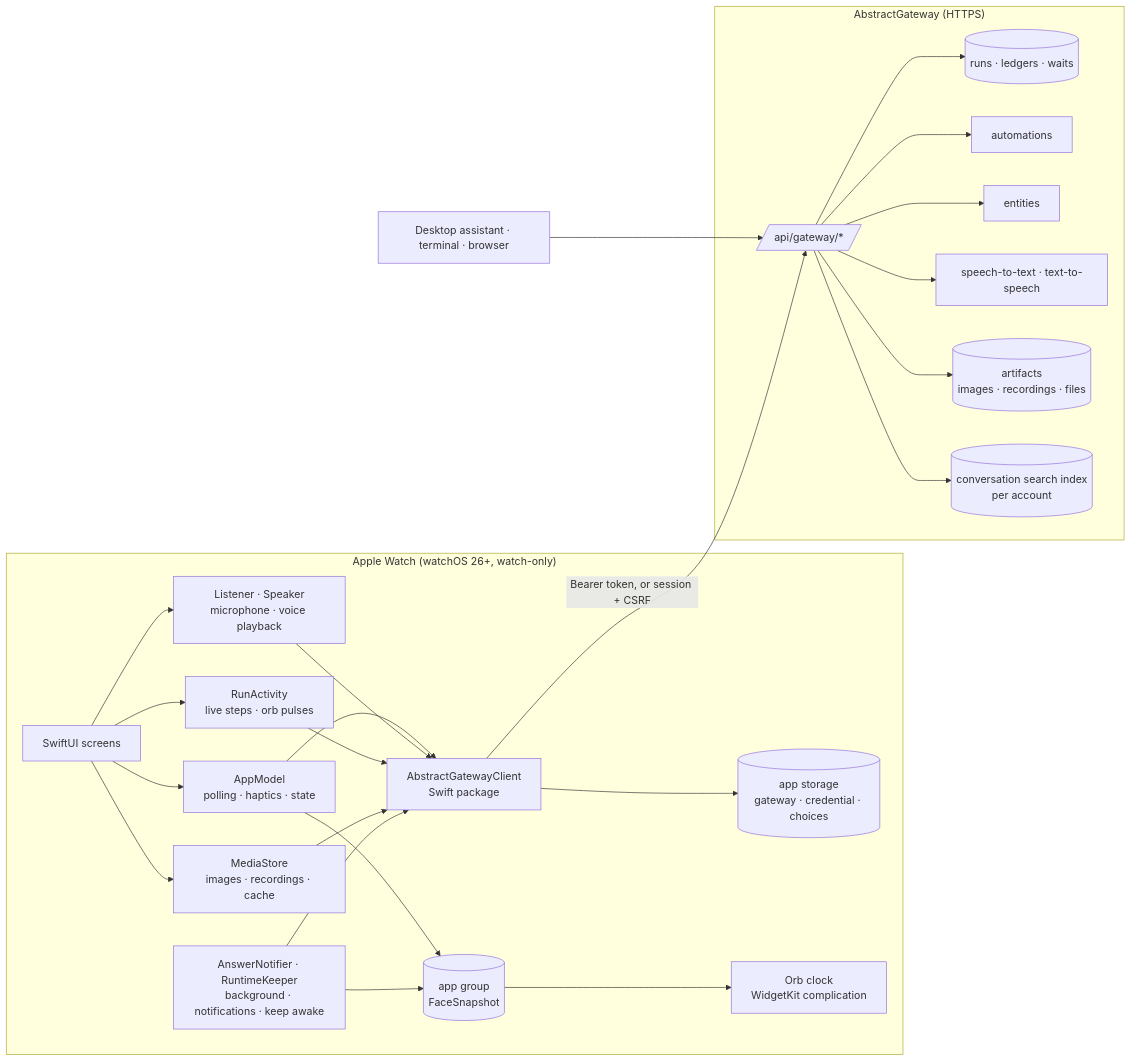
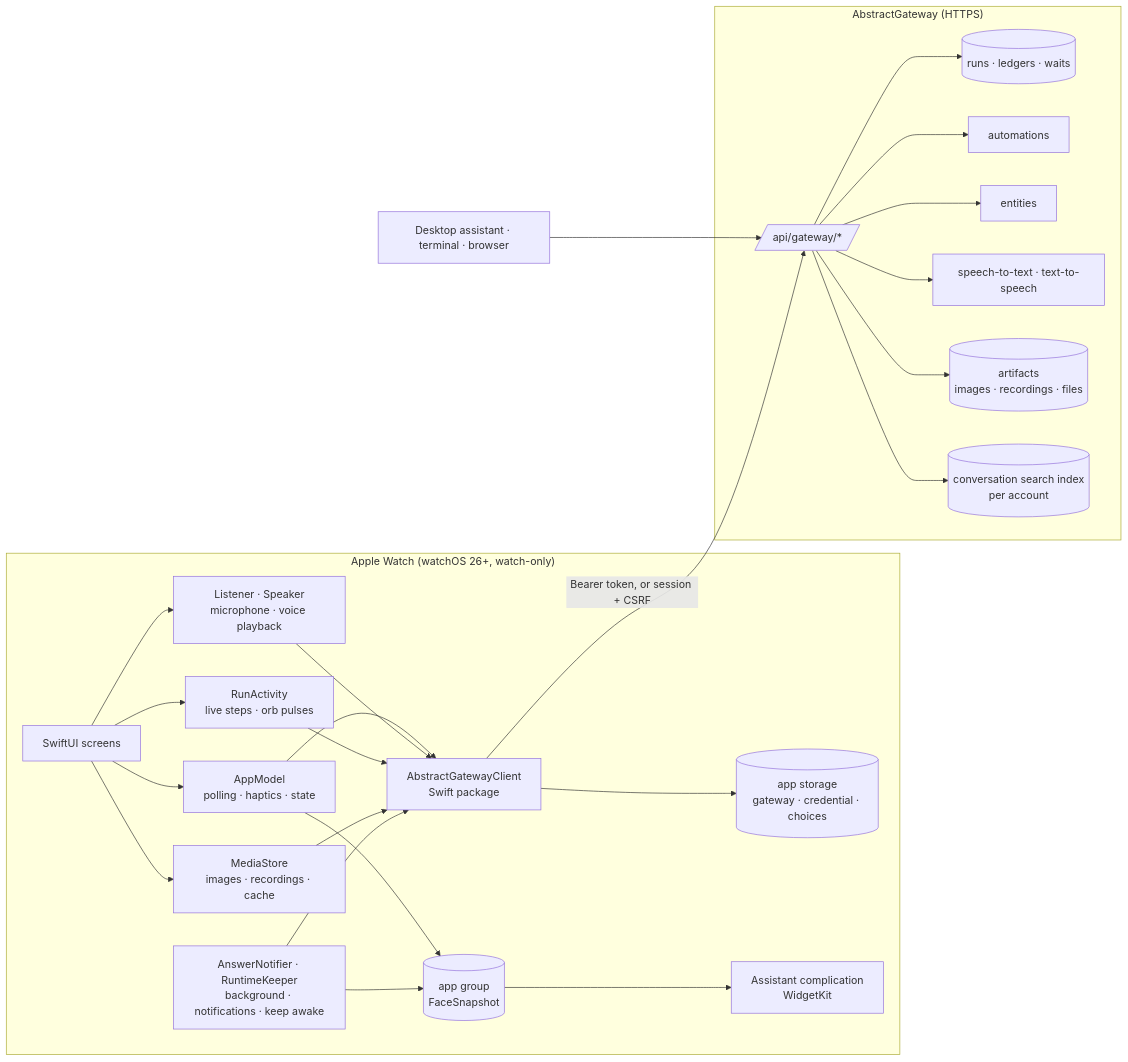
The first of 2 diagrams in watch/apple/docs/architecture.md (lpalbou/AbstractAssistant), drawn with Mermaid before and after one commit. The commit also changed other lines of this file and 16 other files, not shown here.

Commit message:
Watch: the complication shows your avatar (the chosen orb style, drawn by the app and trimmed) with the amber count of what waits, instead of a particle clock; docs; changelog; llms regenerated

````diff
--- a/watch/apple/docs/architecture.md
+++ b/watch/apple/docs/architecture.md
@@ -7,41 +7,41 @@
 ```mermaid
 flowchart LR
   subgraph Watch["Apple Watch (watchOS 26+, watch-only)"]
     UI[SwiftUI screens]
     Model[AppModel<br/>polling · haptics · state]
     Media[Listener · Speaker<br/>microphone · voice playback]
     Work[RunActivity<br/>live steps · orb pulses]
     Files[MediaStore<br/>images · recordings · cache]
     BG[AnswerNotifier · RuntimeKeeper<br/>background · notifications · keep awake]
     Kit[AbstractGatewayClient<br/>Swift package]
     Store[(app storage<br/>gateway · credential · choices)]
     UI --> Model --> Kit
     UI --> Media --> Kit
     UI --> Work --> Kit
     UI --> Files --> Kit
     BG --> Kit
     Kit --> Store
     Face[(app group<br/>FaceSnapshot)]
-    Clock[Orb clock<br/>WidgetKit complication]
+    Clock[Assistant complication<br/>WidgetKit]
     Model --> Face
     BG --> Face
     Face --> Clock
   end
   subgraph GW["AbstractGateway (HTTPS)"]
     API[/api/gateway/*/]
     Runs[(runs · ledgers · waits)]
     Auto[automations]
     Ent[entities]
     Voice[speech-to-text · text-to-speech]
     Art[(artifacts<br/>images · recordings · files)]
     Search[(conversation search index<br/>per account)]
     API --> Runs
     API --> Auto
     API --> Ent
     API --> Voice
     API --> Art
     API --> Search
   end
   Kit -- "Bearer token, or session + CSRF" --> API
   Other[Desktop assistant · terminal · browser] --> API
 ```
````
